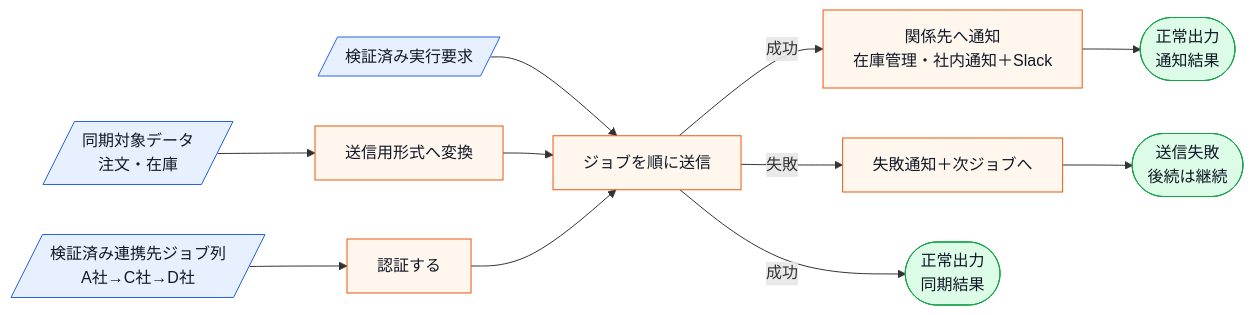
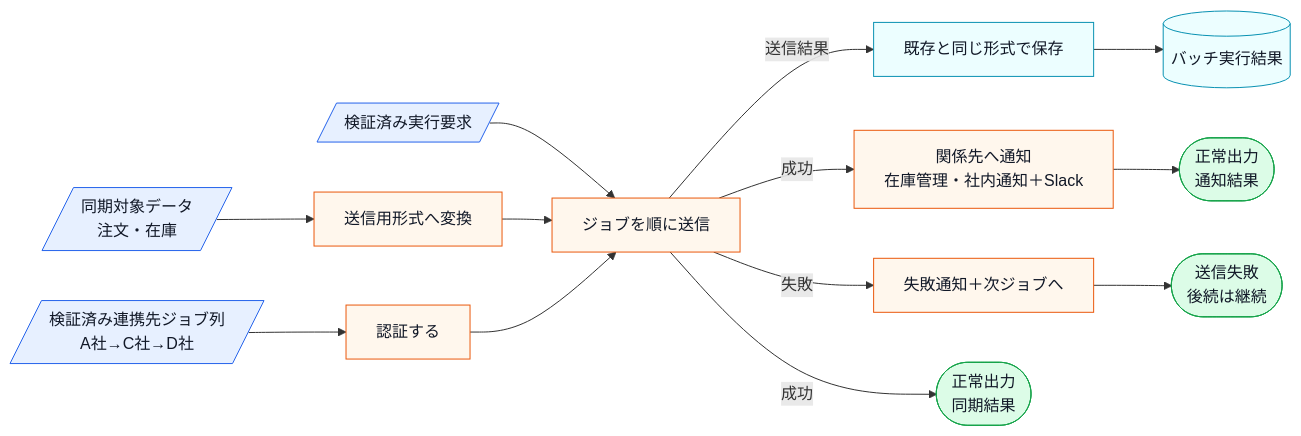
Before and after one commit to kumachan1101-pixel/DesignPattern: the fourth of 12 diagrams in kindle/design-patterns/output/chapter10.md, drawn with Mermaid. The commit also changed other lines of this file and 6 other files, not shown here.

````diff
--- a/kindle/design-patterns/output/chapter10.md
+++ b/kindle/design-patterns/output/chapter10.md
@@ -499,18 +592,21 @@
 ```mermaid
 flowchart LR
     A[/検証済み連携先ジョブ列<br>A社→C社→D社/]:::input --> G[認証する]:::process
     C[/同期対象データ<br>注文・在庫/]:::input --> D[送信用形式へ変換]:::process
     E[/検証済み実行要求/]:::input --> H
     D --> H[ジョブを順に送信]:::process
     G --> H
+    H -->|送信結果| R[既存と同じ形式で保存]:::stable
+    R --> S[(バッチ実行結果)]:::stable
     H -->|成功| I[関係先へ通知<br>在庫管理・社内通知＋Slack]:::process
     H -->|失敗| L[失敗通知＋次ジョブへ]:::process
     H -->|成功| J([正常出力<br>同期結果]):::normal
     I --> K([正常出力<br>通知結果]):::normal
     L --> M([送信失敗<br>後続は継続]):::normal
 
     classDef input fill:#e7f0ff,stroke:#2563eb,color:#111827;
     classDef process fill:#fff7ed,stroke:#ea580c,color:#111827;
     classDef decision fill:#fef9c3,stroke:#ca8a04,color:#111827;
     classDef normal fill:#dcfce7,stroke:#16a34a,color:#111827;
+    classDef stable fill:#ecfeff,stroke:#0891b2,color:#111827;
 ```
````
